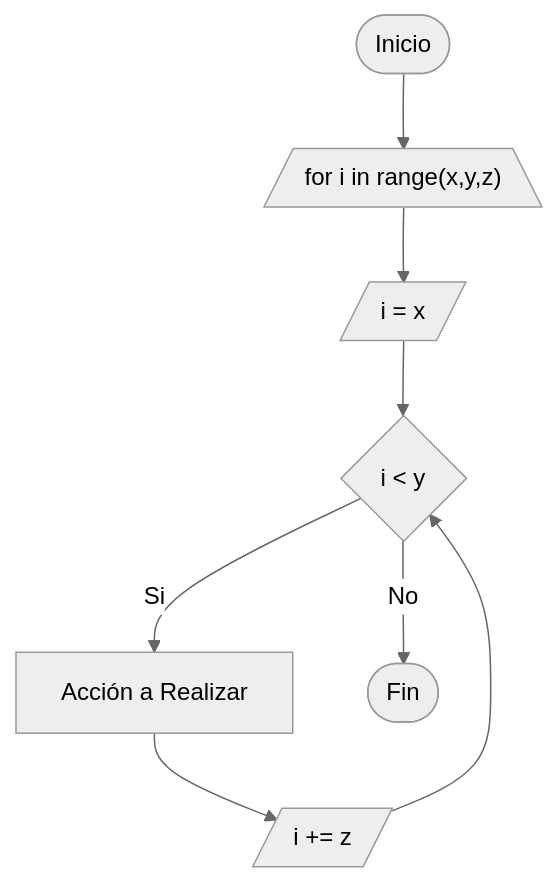
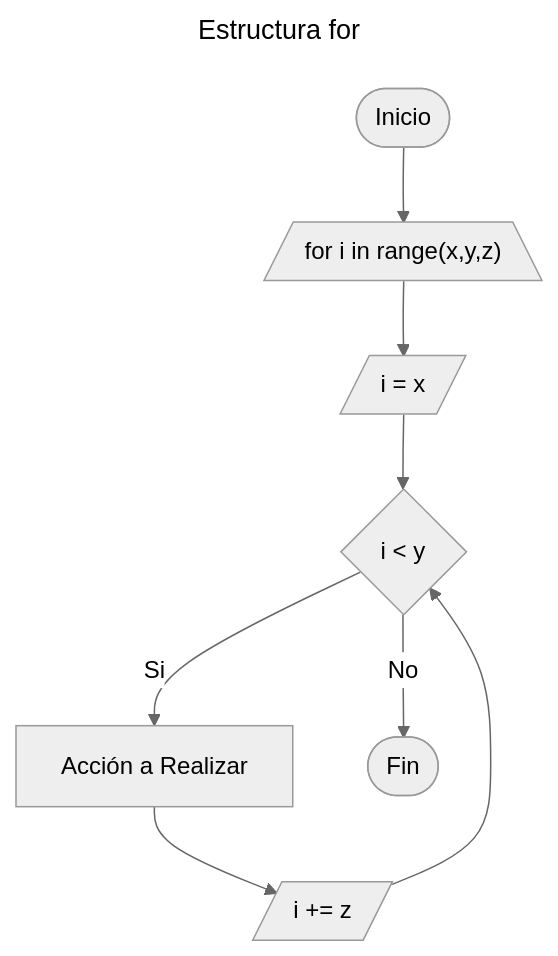
One commit to EnriqueChavezM/python-labs-and-tutorials changed the fourth of 5 diagrams in 01-Fundamentos/05-Estructuras_de_Control/01_Condicionales.md. Above: the diagram before and after it, drawn with Mermaid (neutral theme). The commit also changed other lines of this file, not shown here.

Commit message:
fix(docs): add titles to flowcharts for conditional structures and loops in documentation

````diff
--- a/01-Fundamentos/05-Estructuras_de_Control/01_Condicionales.md
+++ b/01-Fundamentos/05-Estructuras_de_Control/01_Condicionales.md
@@ -128,10 +137,13 @@
 ```mermaid
+---
+title: Estructura for
+---
 graph TD
     A([Inicio]) --> B[/"for i in range(x,y,z)"\]
     B --> C[/i = x/]
     C --> D{i < y}
     D -- Si --> E[Acción a Realizar]
     E --> F[/i += z/]
     F --> D
     D -- No --> G([Fin])
 ```
````
